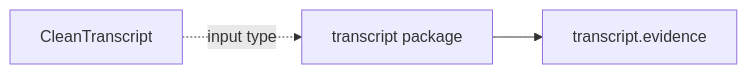
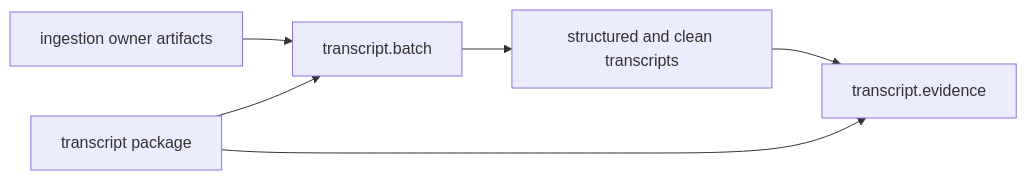
Before and after one commit to eragasa/projectkoios-ingestion: the diagram in docs/architecture/projectkoios/ingestion/transcript/schematic.md, drawn with Mermaid. The commit also changed 176 other files, not shown here.

Commit message:
Refactor ingestion document and integration architecture

````diff
--- a/docs/architecture/projectkoios/ingestion/transcript/schematic.md
+++ b/docs/architecture/projectkoios/ingestion/transcript/schematic.md
@@ -3,9 +3,14 @@
 ```mermaid
 flowchart LR
-    Transcript["CleanTranscript"]
+    Owners["ingestion owner artifacts"]
+    Transcript["structured and clean transcripts"]
     Package["transcript package"]
+    Batch["transcript.batch"]
     Evidence["transcript.evidence"]
 
-    Transcript -. "input type" .-> Package
+    Owners --> Batch
+    Batch --> Transcript
+    Transcript --> Evidence
+    Package --> Batch
     Package --> Evidence
 ```
````
